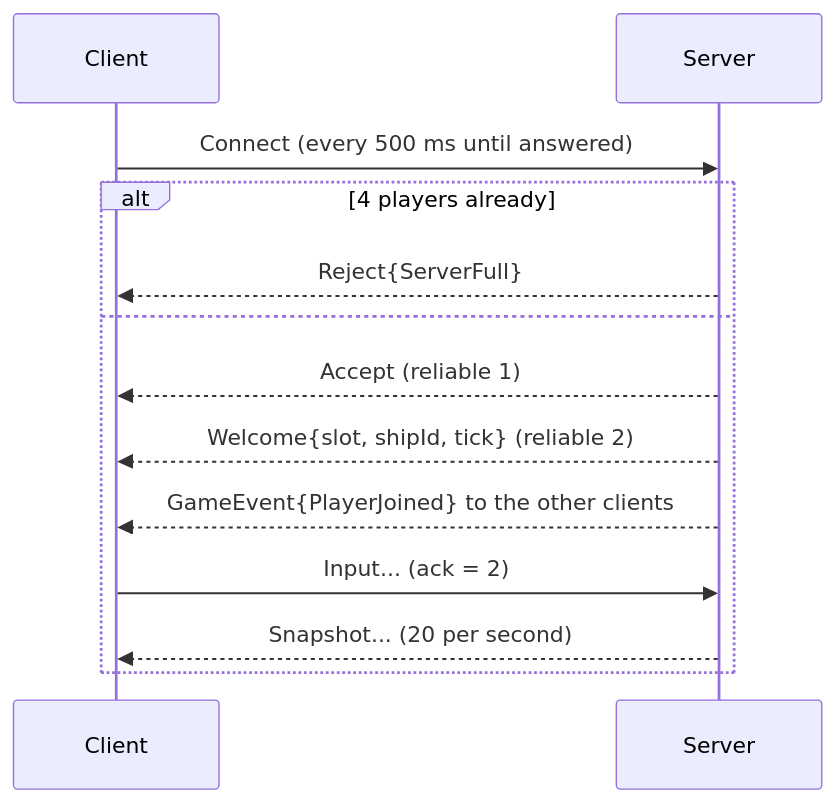
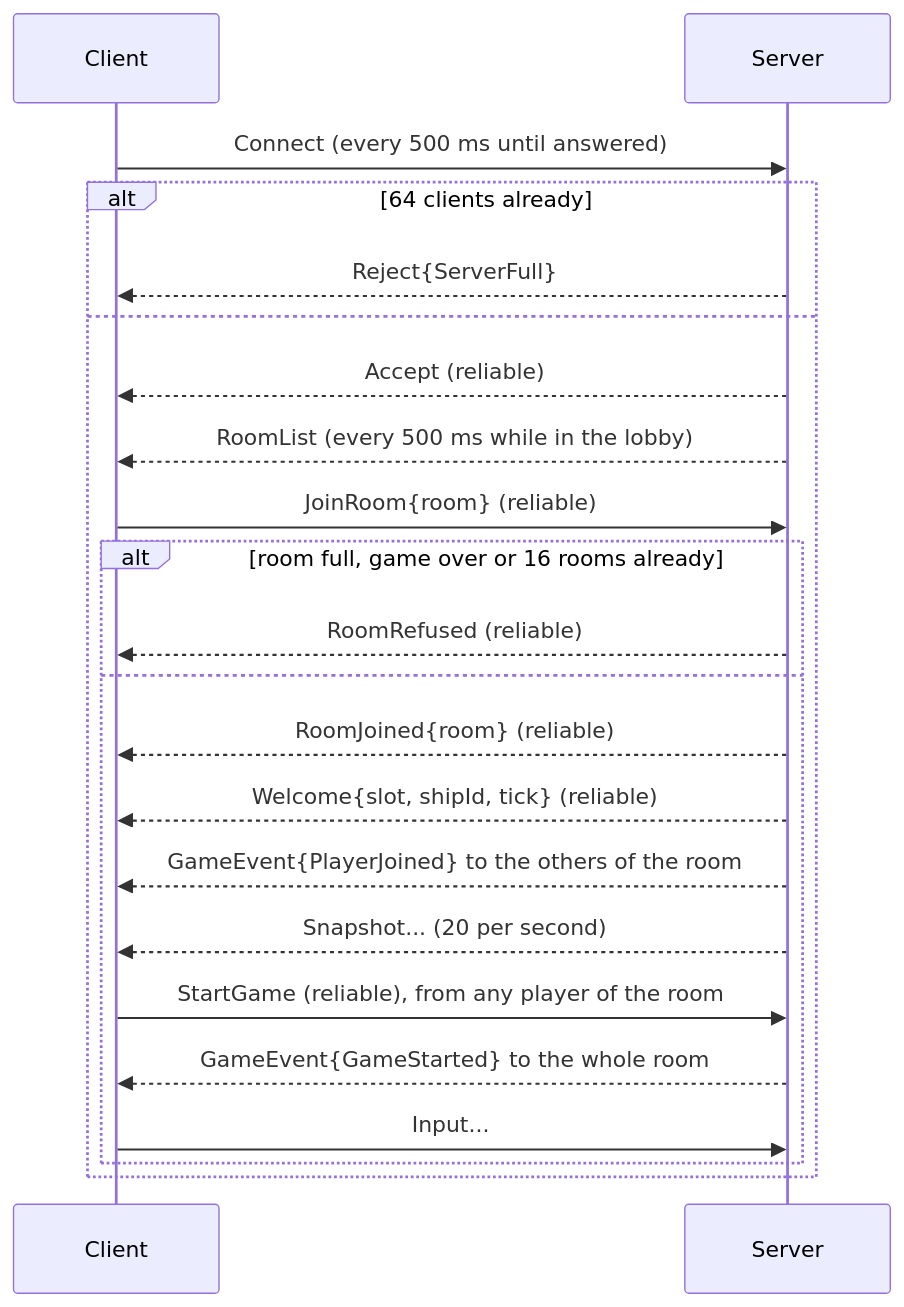
Before and after one commit to T3a1/RType-mirror: the diagram in docs/PROTOCOL.md, drawn with Mermaid. The commit also changed other lines of this file and 37 other files, not shown here.

First line of the commit message:
(network) feat: lobby and waiting room

````diff
--- a/docs/PROTOCOL.md
+++ b/docs/PROTOCOL.md
@@ -331,16 +355,25 @@
 ```mermaid
 sequenceDiagram
     participant C as Client
     participant S as Server
 
     C->>S: Connect (every 500 ms until answered)
-    alt 4 players already
+    alt 64 clients already
         S-->>C: Reject{ServerFull}
     else
-        S-->>C: Accept (reliable 1)
-        S-->>C: Welcome{slot, shipId, tick} (reliable 2)
-        S-->>C: GameEvent{PlayerJoined} to the other clients
-        C->>S: Input... (ack = 2)
-        S-->>C: Snapshot... (20 per second)
+        S-->>C: Accept (reliable)
+        S-->>C: RoomList (every 500 ms while in the lobby)
+        C->>S: JoinRoom{room} (reliable)
+        alt room full, game over or 16 rooms already
+            S-->>C: RoomRefused (reliable)
+        else
+            S-->>C: RoomJoined{room} (reliable)
+            S-->>C: Welcome{slot, shipId, tick} (reliable)
+            S-->>C: GameEvent{PlayerJoined} to the others of the room
+            S-->>C: Snapshot... (20 per second)
+            C->>S: StartGame (reliable), from any player of the room
+            S-->>C: GameEvent{GameStarted} to the whole room
+            C->>S: Input...
+        end
     end
 ```
````
